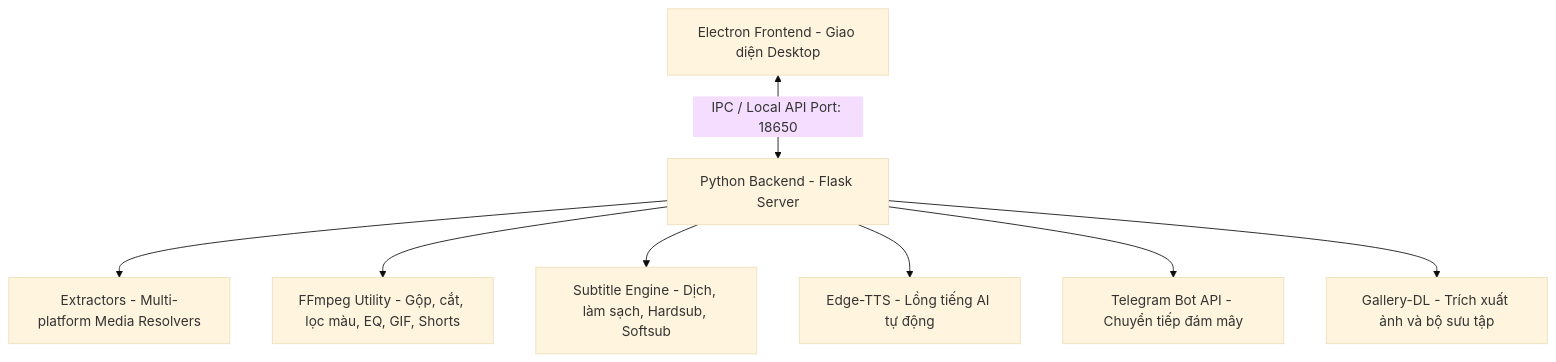
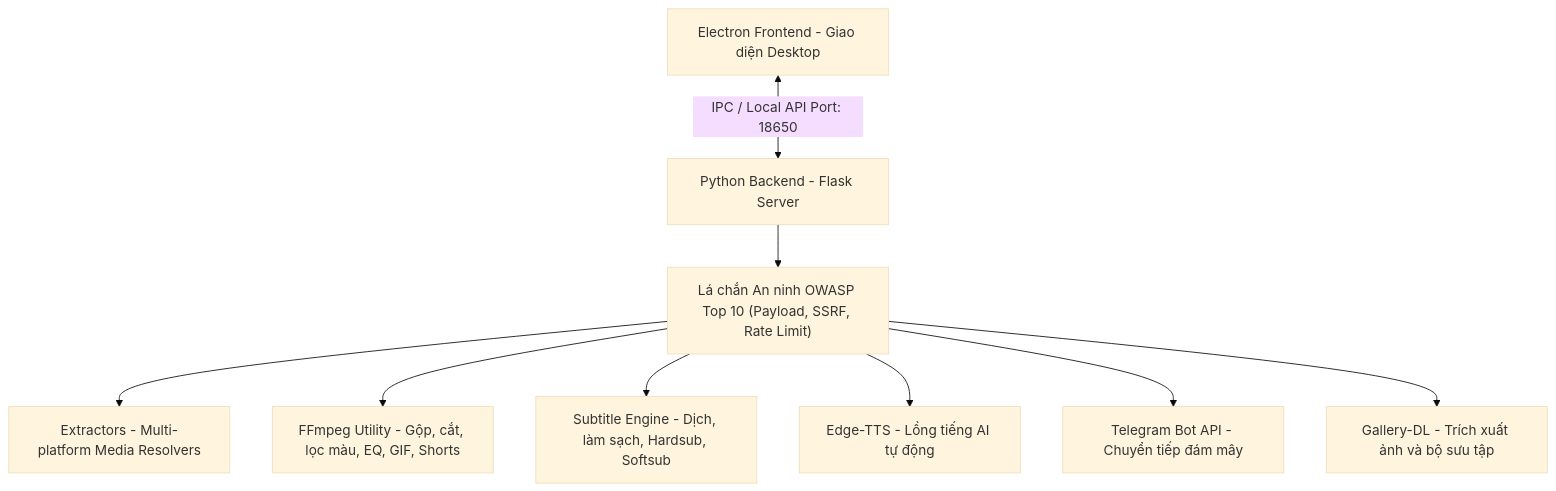
Before and after one commit to Meikova/meikova-harvest: the diagram in README.md, drawn with Mermaid (base theme). The commit also changed other lines of this file and 6 other files, not shown here.

Commit message:
fix(security): complete full OWASP Top 10 hardening and comprehensive verification

````diff
--- a/README.md
+++ b/README.md
@@ -85,10 +112,11 @@
 ```mermaid
 graph TD
     A["Electron Frontend - Giao diện Desktop"] <-->|"IPC / Local API Port: 18650"| B["Python Backend - Flask Server"]
-    B --> C["Extractors - Multi-platform Media Resolvers"]
-    B --> D["FFmpeg Utility - Gộp, cắt, lọc màu, EQ, GIF, Shorts"]
-    B --> E["Subtitle Engine - Dịch, làm sạch, Hardsub, Softsub"]
-    B --> F["Edge-TTS - Lồng tiếng AI tự động"]
-    B --> G["Telegram Bot API - Chuyển tiếp đám mây"]
-    B --> H["Gallery-DL - Trích xuất ảnh và bộ sưu tập"]
+    B --> SEC["Lá chắn An ninh OWASP Top 10 (Payload, SSRF, Rate Limit)"]
+    SEC --> C["Extractors - Multi-platform Media Resolvers"]
+    SEC --> D["FFmpeg Utility - Gộp, cắt, lọc màu, EQ, GIF, Shorts"]
+    SEC --> E["Subtitle Engine - Dịch, làm sạch, Hardsub, Softsub"]
+    SEC --> F["Edge-TTS - Lồng tiếng AI tự động"]
+    SEC --> G["Telegram Bot API - Chuyển tiếp đám mây"]
+    SEC --> H["Gallery-DL - Trích xuất ảnh và bộ sưu tập"]
 ```
````
